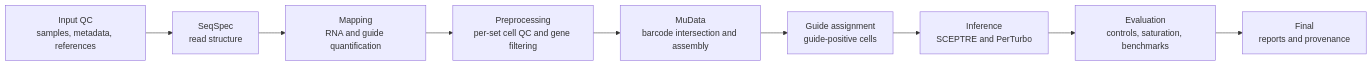
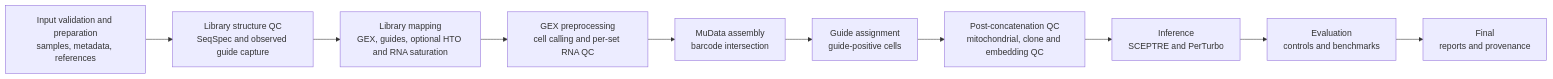
Before and after one commit to pinellolab/CRISPR_Pipeline: the first of 3 diagrams in docs/live_wandb_execution_dashboard.md, drawn with Mermaid. The commit also changed other lines of this file and 21 other files, not shown here.

````diff
--- a/docs/live_wandb_execution_dashboard.md
+++ b/docs/live_wandb_execution_dashboard.md
@@ -103,11 +118,12 @@
 ```mermaid
 flowchart LR
-    A[Input QC<br/>samples, metadata, references] --> B[SeqSpec<br/>read structure]
-    B --> C[Mapping<br/>RNA and guide quantification]
-    C --> D[Preprocessing<br/>per-set cell QC and gene filtering]
-    D --> E[MuData<br/>barcode intersection and assembly]
+    A[Input validation and preparation<br/>samples, metadata, references] --> B[Library structure QC<br/>SeqSpec and observed guide capture]
+    B --> C[Library mapping<br/>GEX, guides, optional HTO and RNA saturation]
+    C --> D[GEX preprocessing<br/>cell calling and per-set RNA QC]
+    D --> E[MuData assembly<br/>barcode intersection]
     E --> F[Guide assignment<br/>guide-positive cells]
-    F --> G[Inference<br/>SCEPTRE and PerTurbo]
-    G --> H[Evaluation<br/>controls, saturation, benchmarks]
+    F --> Q[Post-concatenation QC<br/>mitochondrial, clone and embedding QC]
+    Q --> G[Inference<br/>SCEPTRE and PerTurbo]
+    G --> H[Evaluation<br/>controls and benchmarks]
     H --> I[Final<br/>reports and provenance]
 ```
````
